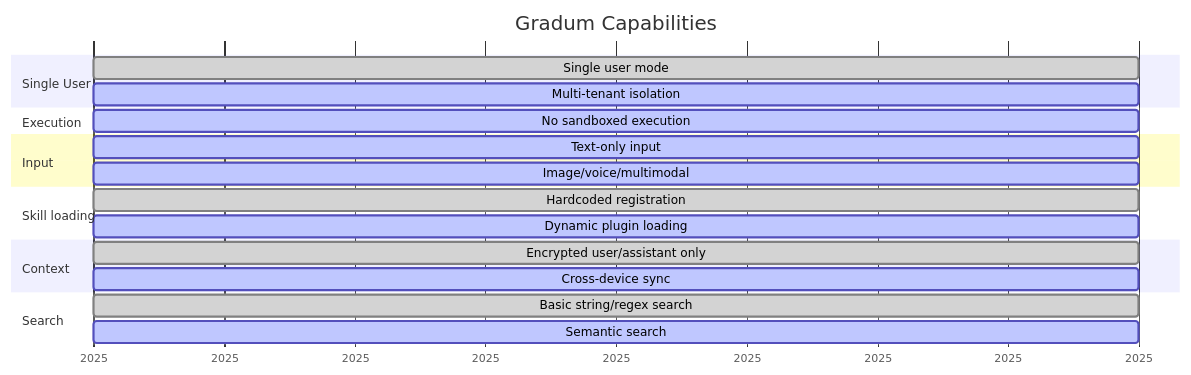
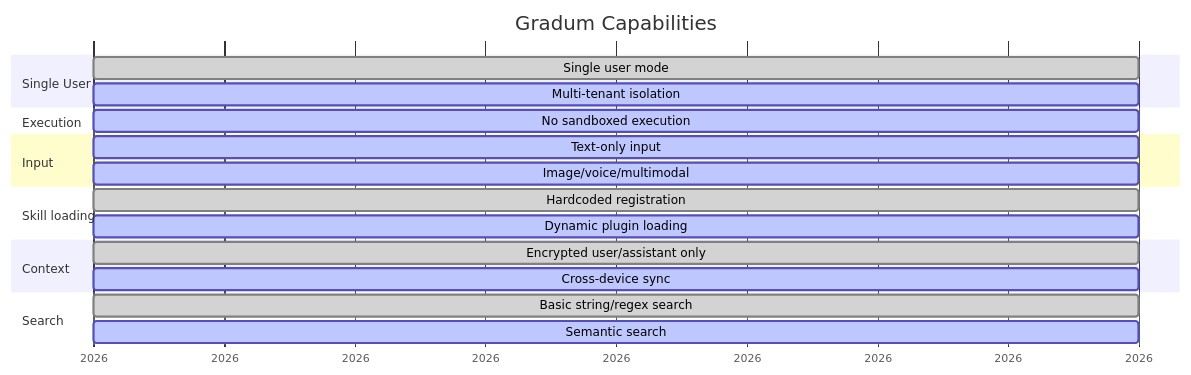
Diagram 26 of 27 in docs/ARCHITECTURE.md (lg841226/Gradum), drawn with Mermaid before and after one commit. The commit also changed other lines of this file and 28 other files, not shown here.

````diff
--- a/docs/ARCHITECTURE.md
+++ b/docs/ARCHITECTURE.md
@@ -1449,23 +1436,23 @@
 ```mermaid
 gantt
     title Gradum Capabilities
     dateFormat YYYY
     axisFormat %Y
     section Single User
-    Single user mode               :done, 2025-01-01, 1d
-    Multi-tenant isolation         :active, 2025-01-01, 1d
+        Single user mode: done, 2026-01-01, 1d
+        Multi-tenant isolation: active, 2026-01-01, 1d
     section Execution
-    No sandboxed execution         :active, 2025-01-01, 1d
+        No sandboxed execution: active, 2026-01-01, 1d
     section Input
-    Text-only input                :active, 2025-01-01, 1d
-    Image/voice/multimodal         :active, 2025-01-01, 1d
+        Text-only input: active, 2026-01-01, 1d
+        Image/voice/multimodal: active, 2026-01-01, 1d
     section Skill loading
-    Hardcoded registration         :done, 2025-01-01, 1d
-    Dynamic plugin loading         :active, 2025-01-01, 1d
+        Hardcoded registration: done, 2026-01-01, 1d
+        Dynamic plugin loading: active, 2026-01-01, 1d
     section Context
-    Encrypted user/assistant only  :done, 2025-01-01, 1d
-    Cross-device sync              :active, 2025-01-01, 1d
+        Encrypted user/assistant only: done, 2026-01-01, 1d
+        Cross-device sync: active, 2026-01-01, 1d
     section Search
-    Basic string/regex search      :done, 2025-01-01, 1d
-    Semantic search                :active, 2025-01-01, 1d
+        Basic string/regex search: done, 2026-01-01, 1d
+        Semantic search: active, 2026-01-01, 1d
 ```
````
